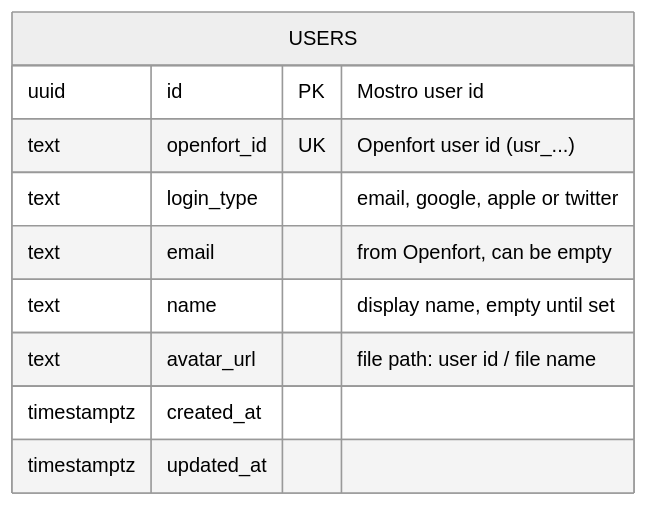
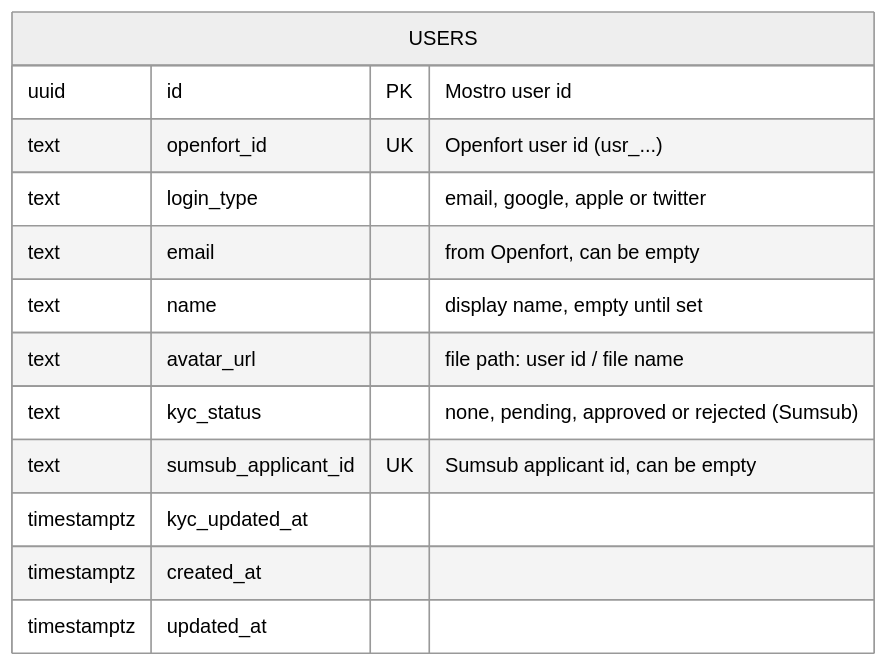
The diagram in database/SCHEMA.md (mostrotech1-hash/mostro-solana), drawn with Mermaid (neutral theme) before and after one commit. The commit also changed other lines of this file and 6 other files, not shown here.

First line of the commit message:
Back: adapt to the new Solana program; DB: add Sumsub KYC status to users

````diff
--- a/database/SCHEMA.md
+++ b/database/SCHEMA.md
@@ -5,13 +5,16 @@
 ```mermaid
 erDiagram
     USERS {
         uuid id PK "Mostro user id"
         text openfort_id UK "Openfort user id (usr_...)"
         text login_type "email, google, apple or twitter"
         text email "from Openfort, can be empty"
         text name "display name, empty until set"
         text avatar_url "file path: user id / file name"
+        text kyc_status "none, pending, approved or rejected (Sumsub)"
+        text sumsub_applicant_id UK "Sumsub applicant id, can be empty"
+        timestamptz kyc_updated_at
         timestamptz created_at
         timestamptz updated_at
     }
 ```
````
